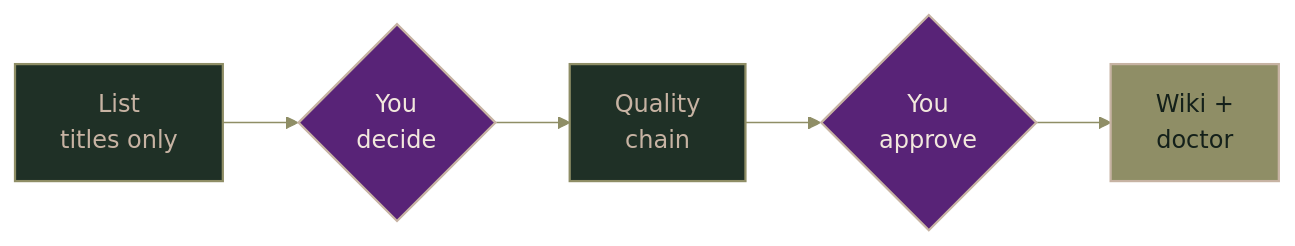
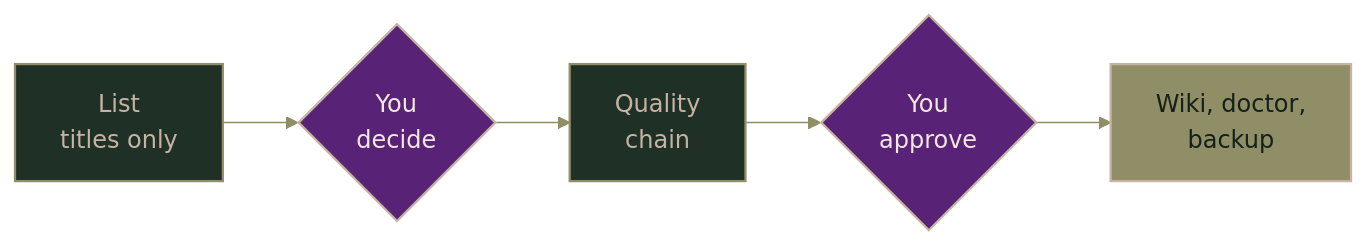
Before and after one commit to jenny-gecglr/second-brain-from-scratch: the diagram in README.md, drawn with Mermaid. The commit also changed other lines of this file and 12 other files, not shown here.

Commit message:
Final review fixes: doctor ignores resume files, backup includes hidden files, wider Karpathy credit, docs consistency

````diff
--- a/README.md
+++ b/README.md
@@ -44,14 +44,14 @@
 ```mermaid
 %%{init: {"theme":"base","themeVariables":{"fontFamily":"Georgia, serif","primaryColor":"#1F3026","primaryTextColor":"#C7B3A3","primaryBorderColor":"#8F8E66","lineColor":"#8F8E66","tertiaryTextColor":"#C7B3A3","edgeLabelBackground":"#1F3026"}}}%%
 flowchart LR
     A["List<br/>titles only"] --> B{"You<br/>decide"}
     B --> C["Quality<br/>chain"]
     C --> D{"You<br/>approve"}
-    D --> E["Wiki +<br/>doctor"]
+    D --> E["Wiki, doctor,<br/>backup"]
     classDef cBase fill:#1F3026,stroke:#8F8E66,color:#C7B3A3,stroke-width:1.5px
     classDef cAsk fill:#582377,stroke:#C7B3A3,color:#F2E8DD,stroke-width:1.5px
     classDef cDone fill:#8F8E66,stroke:#C7B3A3,color:#14201A,stroke-width:1.5px
     class A,C cBase
     class B,D cAsk
     class E cDone
 ```
````
